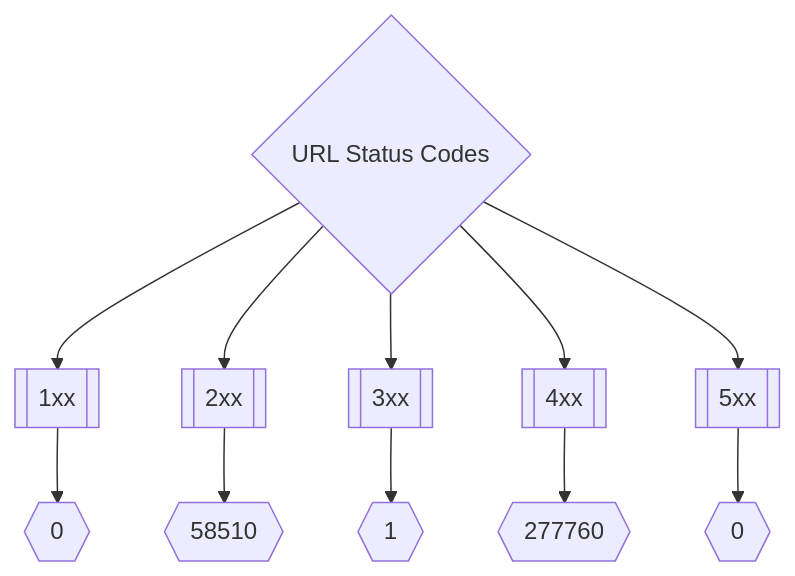
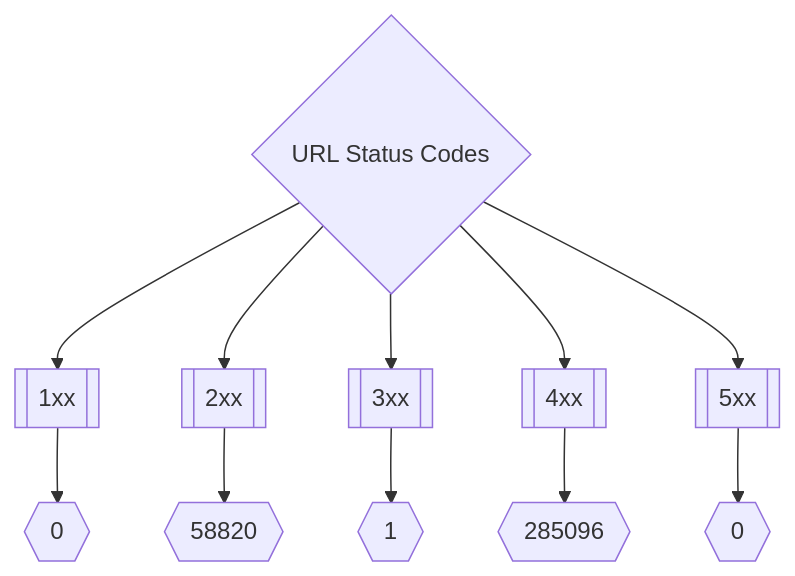
The second of 3 diagrams in README.md (trickest/inventory), drawn with Mermaid before and after one commit. The commit also changed other lines of this file and 129 other files, not shown here.

````diff
--- a/README.md
+++ b/README.md
@@ -173,8 +173,8 @@
 ```mermaid
 graph TD
 title{URL Status Codes} --> 1xx[[1xx]] --> status1xxNum{{0}}
-title --> 2xx[[2xx]] --> status2xxNum{{58510}}
+title --> 2xx[[2xx]] --> status2xxNum{{58820}}
 title --> 3xx[[3xx]] --> status3xxNum{{1}}
-title --> 4xx[[4xx]] --> status4xxNum{{277760}}
+title --> 4xx[[4xx]] --> status4xxNum{{285096}}
 title --> 5xx[[5xx]] --> status5xxNum{{0}}
 ```
````
